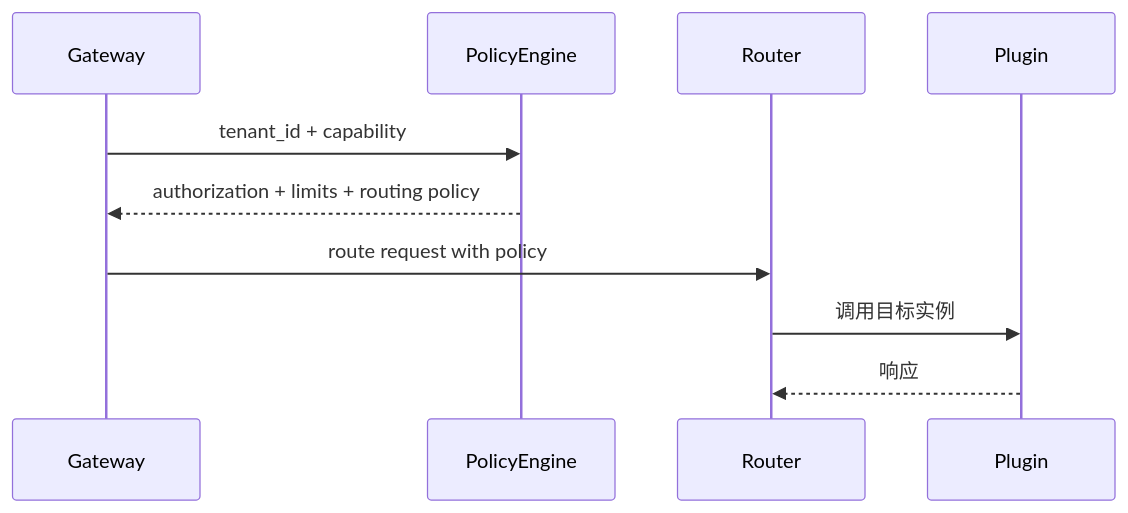
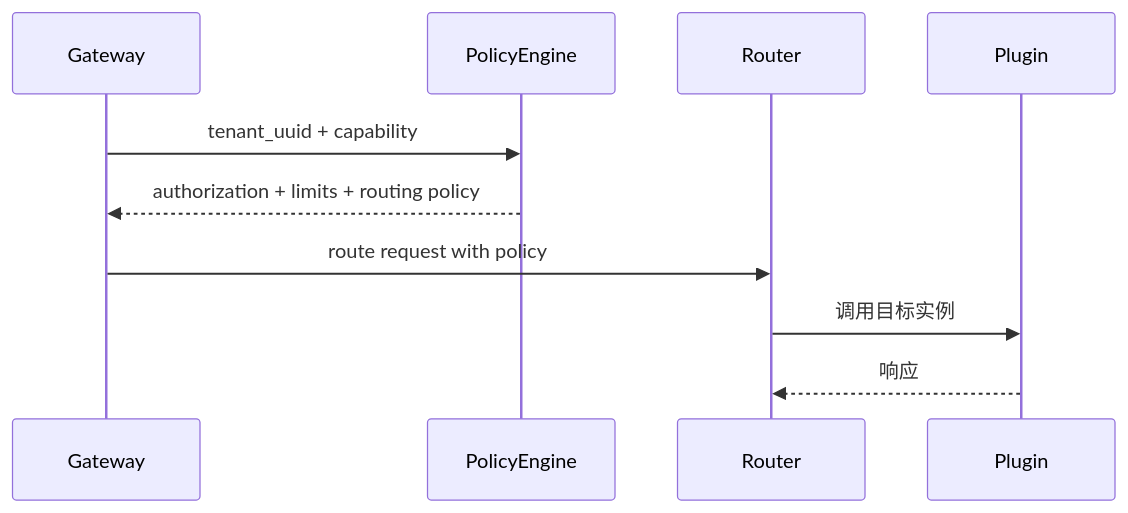
One commit to ArtisanCloud/PowerX changed the diagram in docs/use_cases/_from_hub/SCN-INT-HOST-CALL-PLUGIN-001/SCN-INT-HOST-CALL-TENANT-001.md. Above: the diagram before and after it, drawn with Mermaid. The commit also changed other lines of this file and 777 other files, not shown here.

````diff
--- a/docs/use_cases/_from_hub/SCN-INT-HOST-CALL-PLUGIN-001/SCN-INT-HOST-CALL-TENANT-001.md
+++ b/docs/use_cases/_from_hub/SCN-INT-HOST-CALL-PLUGIN-001/SCN-INT-HOST-CALL-TENANT-001.md
@@ -44,13 +44,13 @@
 ```mermaid
 sequenceDiagram
   participant Gateway
   participant PolicyEngine
   participant Router
   participant Plugin
 
-  Gateway->>PolicyEngine: tenant_id + capability
+  Gateway->>PolicyEngine: tenant_uuid + capability
   PolicyEngine-->>Gateway: authorization + limits + routing policy
   Gateway->>Router: route request with policy
   Router->>Plugin: 调用目标实例
   Plugin-->>Router: 响应
 ```
````
